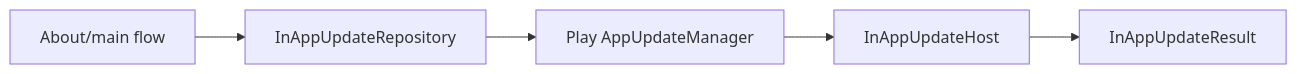
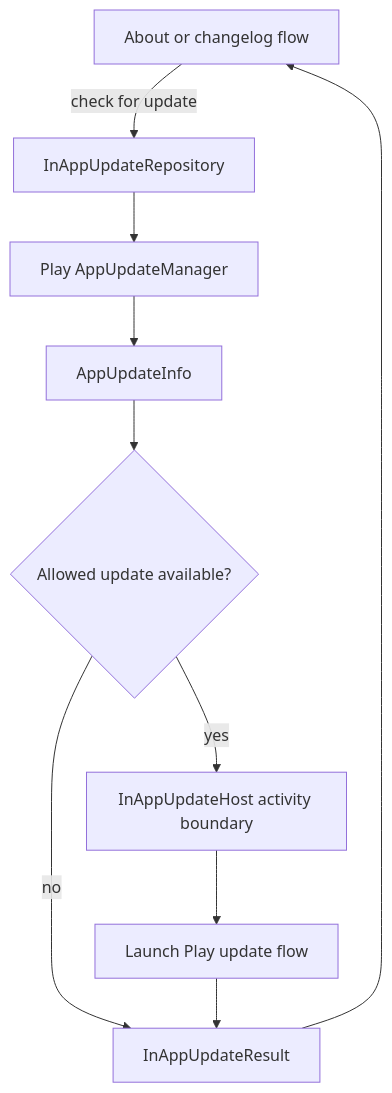
One commit to MihaiCristianCondrea/App-Toolkit-for-Android changed the diagram in library/integration/update/README.md. Above: the diagram before and after it, drawn with Mermaid. The commit also changed other lines of this file and 57 other files, not shown here.

````diff
--- a/library/integration/update/README.md
+++ b/library/integration/update/README.md
@@ -27,7 +27,12 @@
 ```mermaid
-flowchart LR
-    Feature[About/main flow] --> Repo[InAppUpdateRepository]
-    Repo --> Play[Play AppUpdateManager]
-    Play --> Host[InAppUpdateHost]
-    Host --> Result[InAppUpdateResult]
+flowchart TD
+    Feature[About or changelog flow] -->|check for update| Repo[InAppUpdateRepository]
+    Repo --> Manager[Play AppUpdateManager]
+    Manager --> Info[AppUpdateInfo]
+    Info --> Available{Allowed update available?}
+    Available -->|no| Result[InAppUpdateResult]
+    Available -->|yes| Host[InAppUpdateHost activity boundary]
+    Host --> Launch[Launch Play update flow]
+    Launch --> Result
+    Result --> Feature
 ```
````
